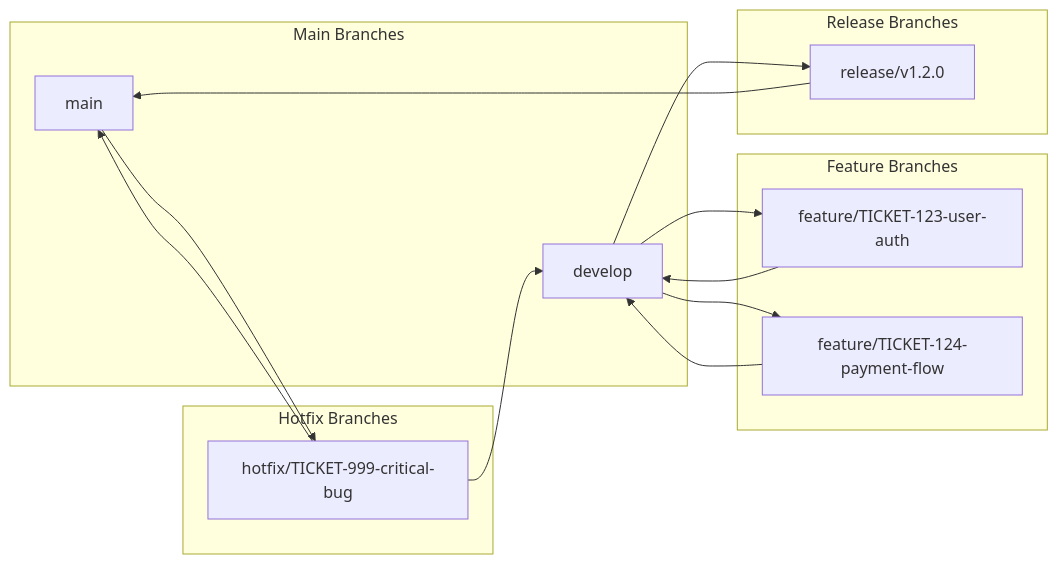
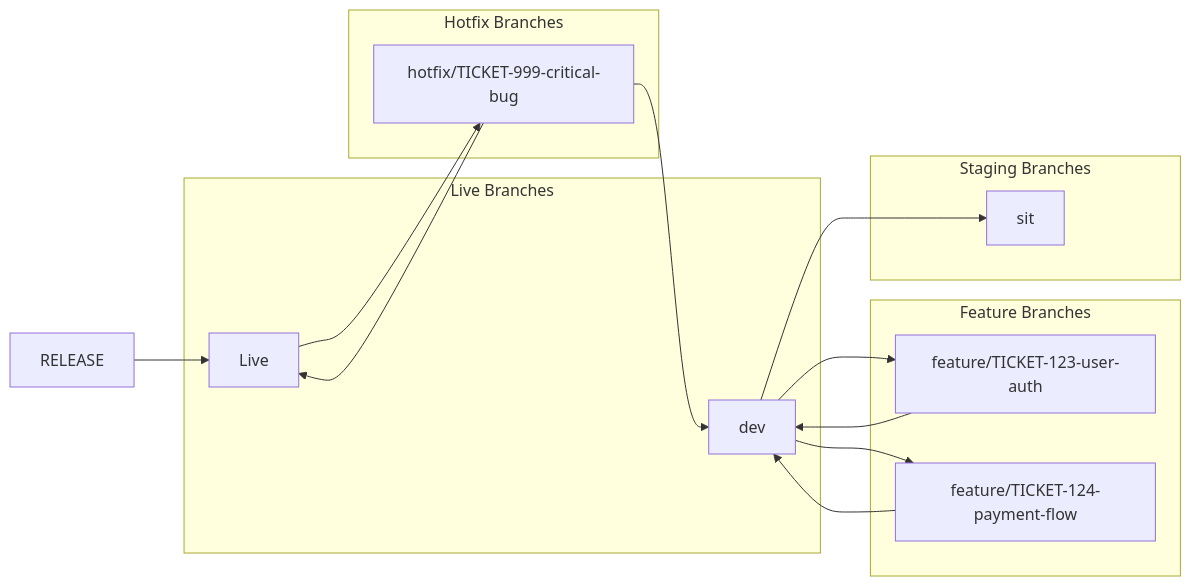
One commit to Anvil-Shield-Group/.github changed the diagram in wiki/practices/version-control/overview.md. Above: the diagram before and after it, drawn with Mermaid. The commit also changed other lines of this file and 2 other files, not shown here.

````diff
--- a/wiki/practices/version-control/overview.md
+++ b/wiki/practices/version-control/overview.md
@@ -54,30 +53,30 @@
 ```mermaid
 graph LR
-    subgraph "Main Branches"
-        MAIN[main]
-        DEVELOP[develop]
+    subgraph "Live Branches"
+        LIVE[Live]
+        DEVELOP[dev]
     end
     
     subgraph "Feature Branches"
         FEATURE1[feature/TICKET-123-user-auth]
         FEATURE2[feature/TICKET-124-payment-flow]
     end
     
-    subgraph "Release Branches"
-        RELEASE[release/v1.2.0]
+    subgraph "Staging Branches"
+        STAGING[sit]
     end
     
     subgraph "Hotfix Branches"
         HOTFIX[hotfix/TICKET-999-critical-bug]
     end
     
     DEVELOP --> FEATURE1
     DEVELOP --> FEATURE2
     FEATURE1 --> DEVELOP
     FEATURE2 --> DEVELOP
-    DEVELOP --> RELEASE
-    RELEASE --> MAIN
-    MAIN --> HOTFIX
-    HOTFIX --> MAIN
+    DEVELOP --> STAGING
+    RELEASE --> LIVE
+    LIVE --> HOTFIX
+    HOTFIX --> LIVE
     HOTFIX --> DEVELOP
 ```
````
